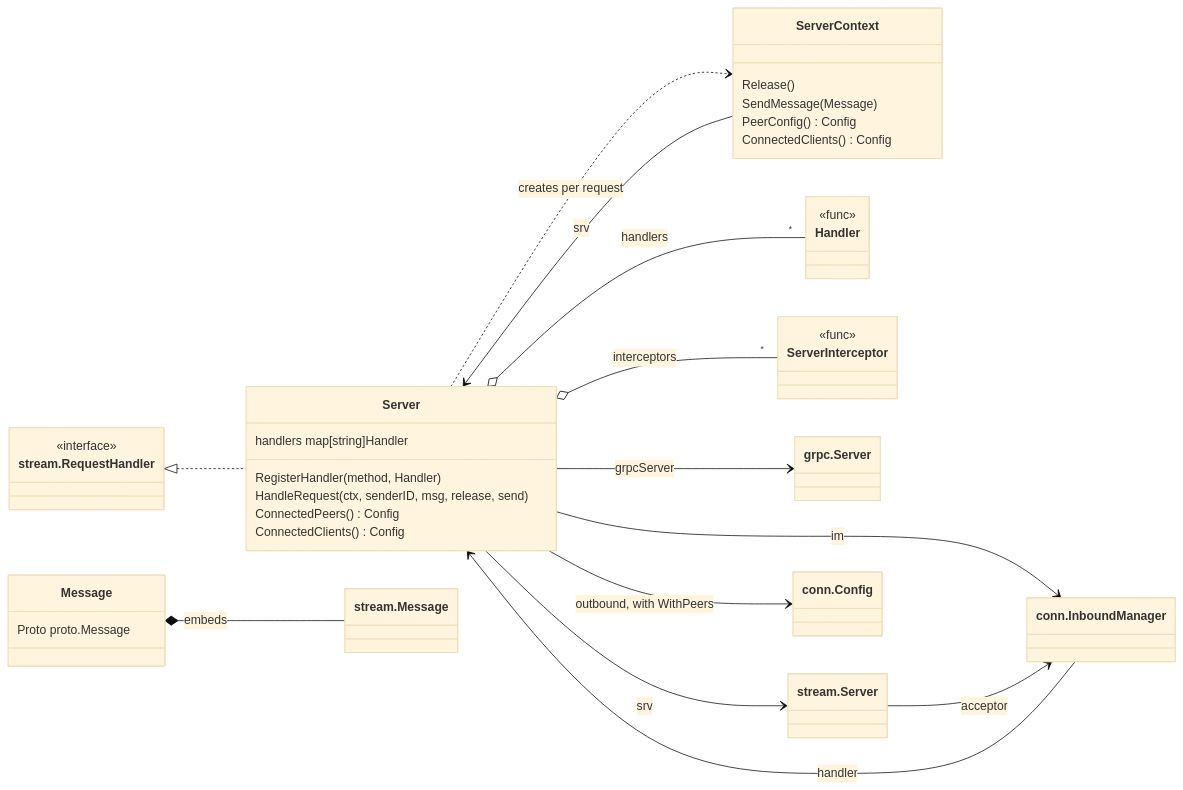
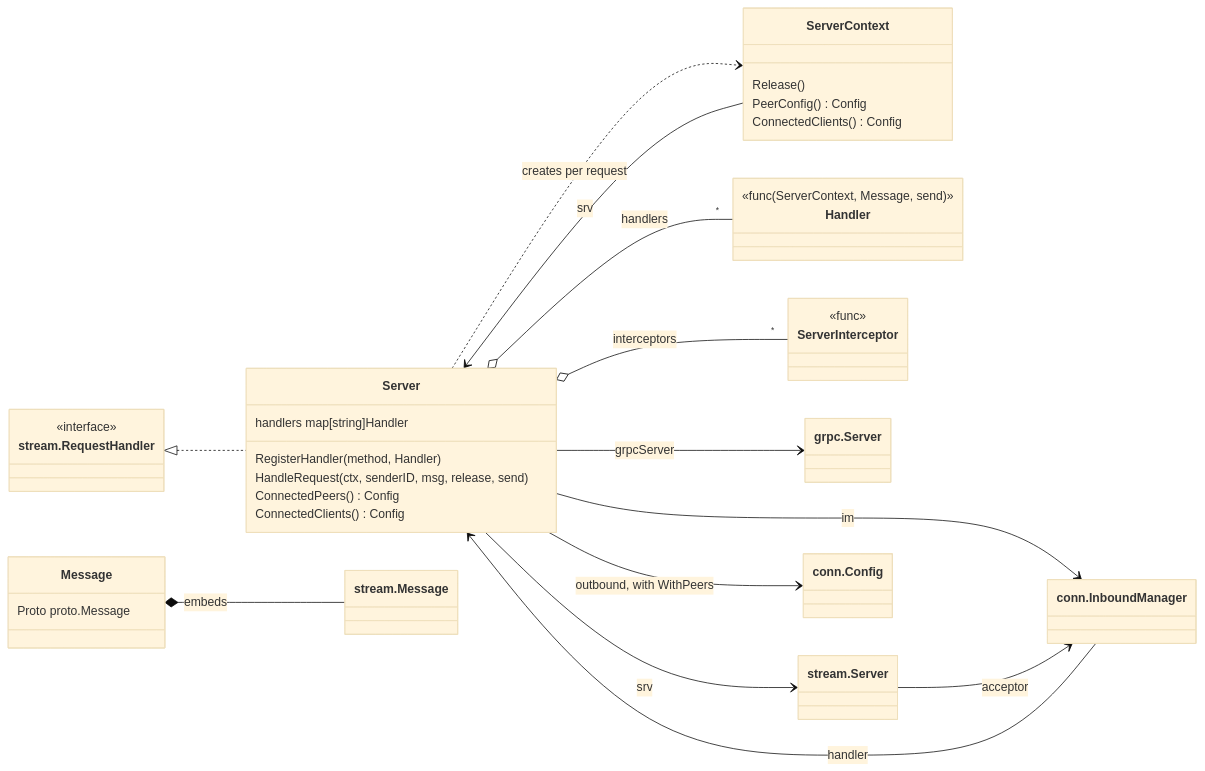
The ninth of 10 diagrams in doc/dev-guide.md (relab/gorums), drawn with Mermaid (base theme) before and after one commit. The commit also changed other lines of this file and 20 other files, not shown here.

````diff
--- a/doc/dev-guide.md
+++ b/doc/dev-guide.md
@@ -630,47 +632,46 @@
 ```mermaid
 classDiagram
     direction LR
     class Server {
         handlers map[string]Handler
         RegisterHandler(method, Handler)
         HandleRequest(ctx, senderID, msg, release, send)
         ConnectedPeers() Config
         ConnectedClients() Config
     }
     class ServerContext {
         Release()
-        SendMessage(Message)
         PeerConfig() Config
         ConnectedClients() Config
     }
     class Handler {
-        <<func>>
+        <<func(ServerContext, Message, send)>>
     }
     class ServerInterceptor {
         <<func>>
     }
     class Message {
         Proto proto.Message
     }
     class GRPCServer["grpc.Server"]
     class StreamServer["stream.Server"]
     class StreamMessage["stream.Message"]
     class InboundManager["conn.InboundManager"]
     class ConnConfig["conn.Config"]
     class StreamRequestHandler["stream.RequestHandler"] {
         <<interface>>
     }
 
     Server --> GRPCServer : grpcServer
     Server --> StreamServer : srv
     Server --> InboundManager : im
     Server --> ConnConfig : outbound, with WithPeers
     Server o-- "*" Handler : handlers
     Server o-- "*" ServerInterceptor : interceptors
     StreamRequestHandler <|.. Server
     StreamServer --> InboundManager : acceptor
     InboundManager --> Server : handler
     Server ..> ServerContext : creates per request
     ServerContext --> Server : srv
     Message *-- StreamMessage : embeds
 ```
````
